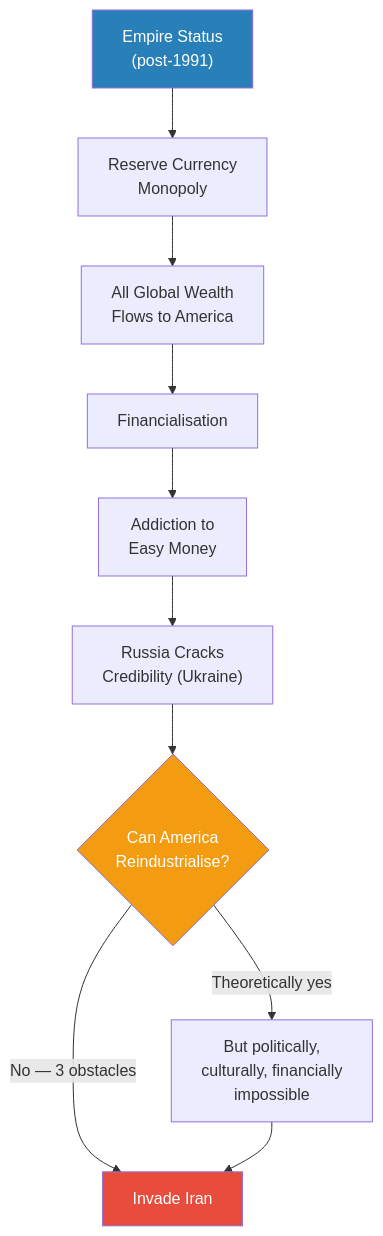
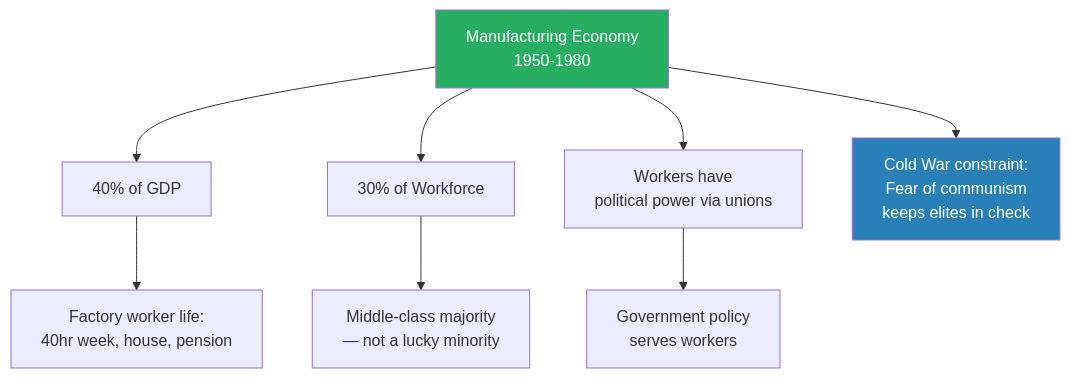
One commit to alius33/reader changed the first of 8 diagrams in summaries/Lectures/Geo-Strategy/03 - How Empire is Destroying America.md. Above: the diagram before and after it, drawn with Mermaid. The commit also changed other lines of this file and 26 other files, not shown here.

````diff
--- a/summaries/Lectures/Geo-Strategy/03 - How Empire is Destroying America.md
+++ b/summaries/Lectures/Geo-Strategy/03 - How Empire is Destroying America.md
@@ -39,15 +74,13 @@
 ```mermaid
 flowchart TB
-    A["Empire Status<br/>(post-1991)"] --> B["Reserve Currency<br/>Monopoly"]
-    B --> C["All Global Wealth<br/>Flows to America"]
-    C --> D["Financialisation"]
-    D --> E["Addiction to<br/>Easy Money"]
-    E --> F["Russia Cracks<br/>Credibility (Ukraine)"]
-    F --> G{"Can America<br/>Reindustrialise?"}
-    G -->|"No — 3 obstacles"| H["Invade Iran"]
-    G -->|"Theoretically yes"| I["But politically,<br/>culturally, financially<br/>impossible"]
-    I --> H
-    style A fill:#2980b9,color:#fff
-    style H fill:#e74c3c,color:#fff
-    style G fill:#f39c12,color:#fff
+    M["Manufacturing Economy<br/>1950-1980"]
+    M --> G1["40% of GDP"]
+    M --> G2["30% of Workforce"]
+    M --> G3["Workers have<br/>political power via unions"]
+    G1 --> L1["Factory worker life:<br/>40hr week, house, pension"]
+    G2 --> L2["Middle-class majority<br/>— not a lucky minority"]
+    G3 --> L3["Government policy<br/>serves workers"]
+    M --> C["Cold War constraint:<br/>Fear of communism<br/>keeps elites in check"]
+    style M fill:#27ae60,color:#fff
+    style C fill:#2980b9,color:#fff
 ```
````
